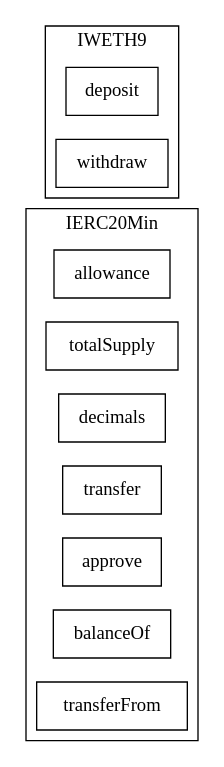
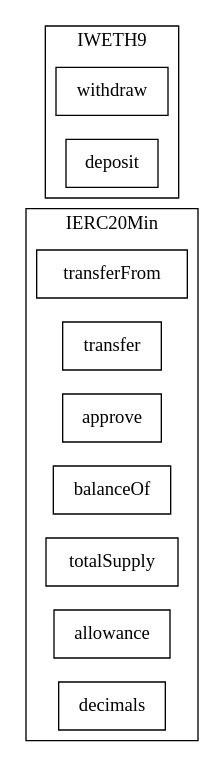
Before and after one commit to quidmints/SPV: the diagram in evm/slither-out/...IWETH9.call-graph.dot, drawn with Graphviz. The commit also changed 98 other files, not shown here.

First line of the commit message:
Regenerate slither-out: it described an architecture deleted 12 days ago

```diff
--- a/evm/slither-out/...IWETH9.call-graph.dot
+++ b/evm/slither-out/...IWETH9.call-graph.dot
@@ -1,20 +1,20 @@
 strict digraph {
 rankdir="LR"
 node [shape=box]
-subgraph cluster_62043_IERC20Min {
+subgraph cluster_48081_IERC20Min {
 label = "IERC20Min"
-"62043_allowance" [label="allowance"]
-"62043_totalSupply" [label="totalSupply"]
-"62043_decimals" [label="decimals"]
-"62043_transfer" [label="transfer"]
-"62043_approve" [label="approve"]
-"62043_balanceOf" [label="balanceOf"]
-"62043_transferFrom" [label="transferFrom"]
-}subgraph cluster_62055_IWETH9 {
+"48081_transferFrom" [label="transferFrom"]
+"48081_transfer" [label="transfer"]
+"48081_approve" [label="approve"]
+"48081_balanceOf" [label="balanceOf"]
+"48081_totalSupply" [label="totalSupply"]
+"48081_allowance" [label="allowance"]
+"48081_decimals" [label="decimals"]
+}subgraph cluster_48093_IWETH9 {
 label = "IWETH9"
-"62055_deposit" [label="deposit"]
-"62055_withdraw" [label="withdraw"]
+"48093_withdraw" [label="withdraw"]
+"48093_deposit" [label="deposit"]
 }subgraph cluster_solidity {
 label = "[Solidity]"
 }
 }
```
